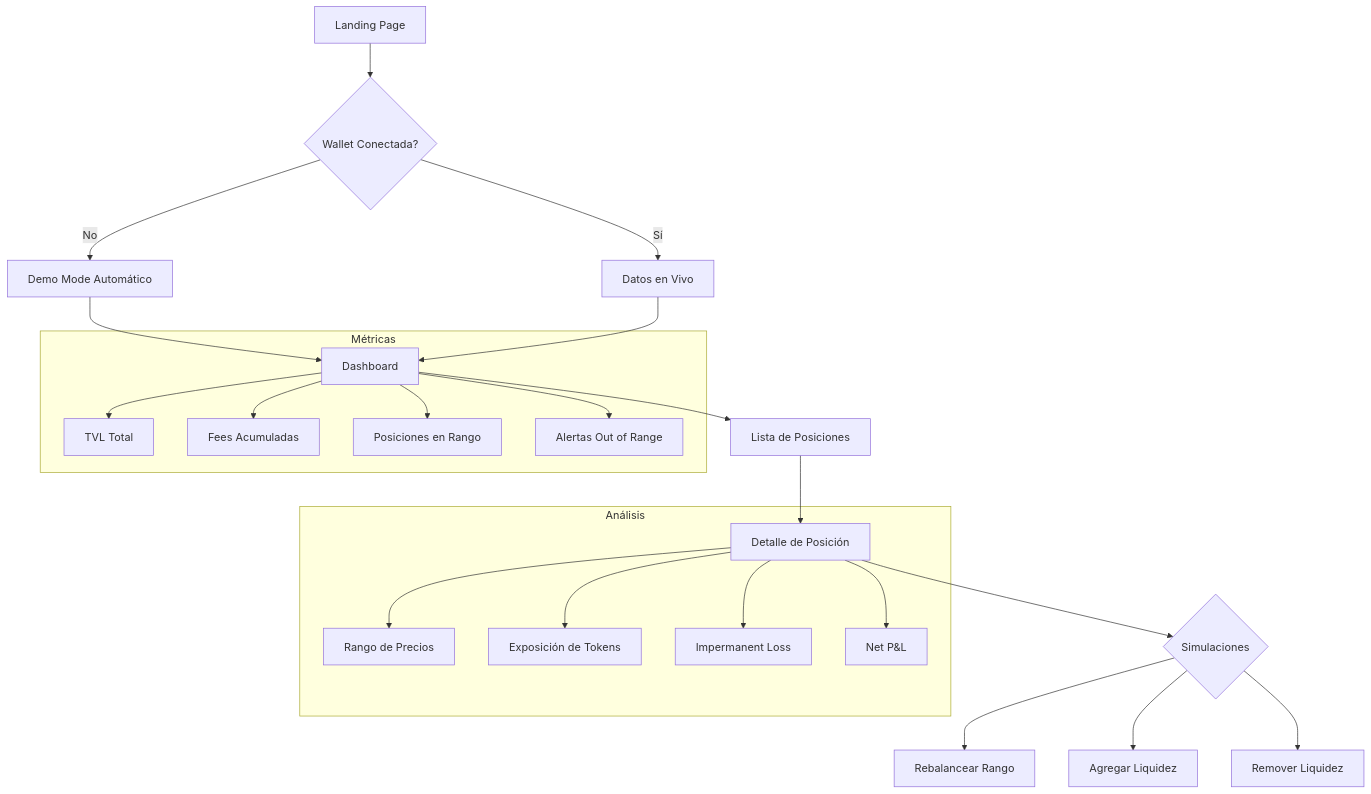
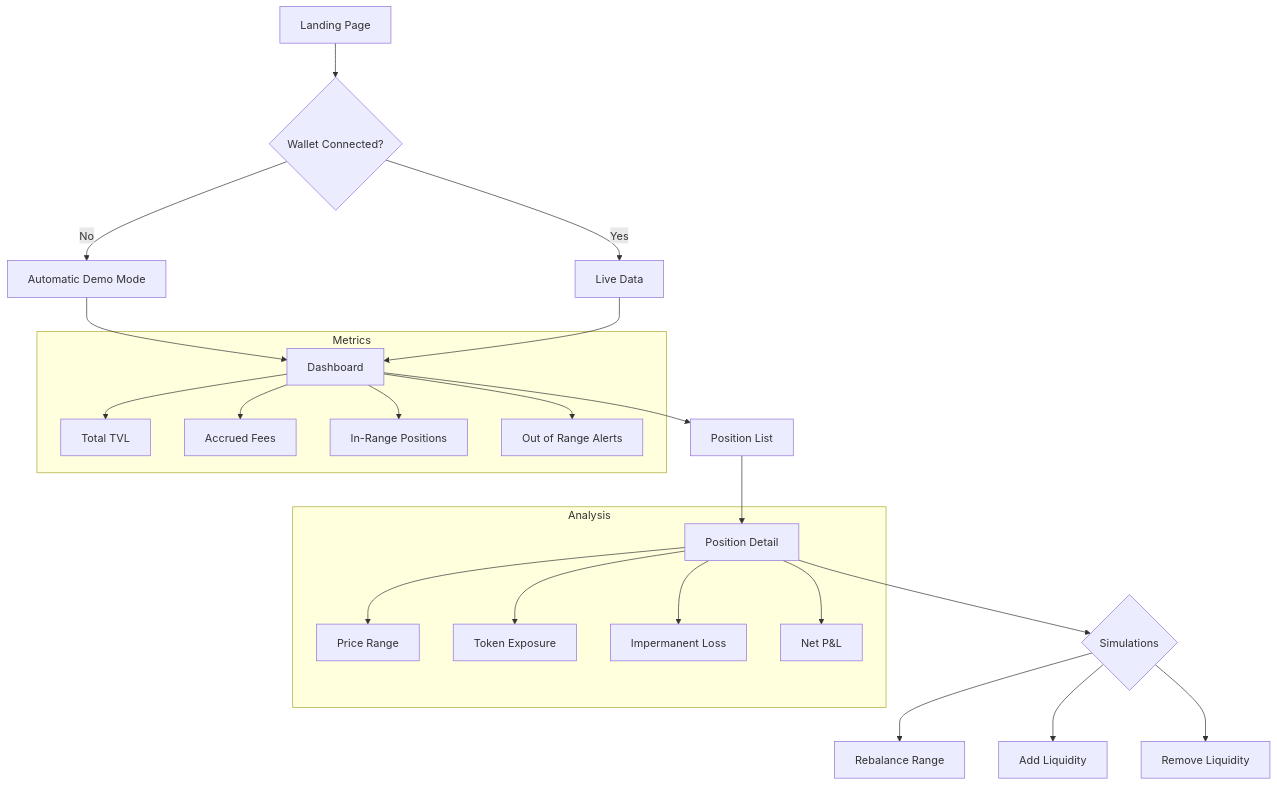
The first of 3 diagrams in README.md (gaaabz/web3-liquidity-dashboard), drawn with Mermaid before and after one commit. The commit also changed other lines of this file, not shown here.

````diff
--- a/README.md
+++ b/README.md
@@ -39,28 +39,28 @@
 ```mermaid
 flowchart TD
-    A[Landing Page] --> B{Wallet Conectada?}
-    B -->|No| C[Demo Mode Automático]
-    B -->|Sí| D[Datos en Vivo]
+    A[Landing Page] --> B{Wallet Connected?}
+    B -->|No| C[Automatic Demo Mode]
+    B -->|Yes| D[Live Data]
     C --> E[Dashboard]
     D --> E
-    E --> F[Lista de Posiciones]
-    F --> G[Detalle de Posición]
-    G --> H{Simulaciones}
-    H --> I[Rebalancear Rango]
-    H --> J[Agregar Liquidez]
-    H --> K[Remover Liquidez]
+    E --> F[Position List]
+    F --> G[Position Detail]
+    G --> H{Simulations}
+    H --> I[Rebalance Range]
+    H --> J[Add Liquidity]
+    H --> K[Remove Liquidity]
 
-    subgraph Métricas
-        E --> L[TVL Total]
-        E --> M[Fees Acumuladas]
-        E --> N[Posiciones en Rango]
-        E --> O[Alertas Out of Range]
+    subgraph Metrics
+        E --> L[Total TVL]
+        E --> M[Accrued Fees]
+        E --> N[In-Range Positions]
+        E --> O[Out of Range Alerts]
     end
 
-    subgraph Análisis
-        G --> P[Rango de Precios]
-        G --> Q[Exposición de Tokens]
+    subgraph Analysis
+        G --> P[Price Range]
+        G --> Q[Token Exposure]
         G --> R[Impermanent Loss]
         G --> S[Net P&L]
     end
 ```
````
